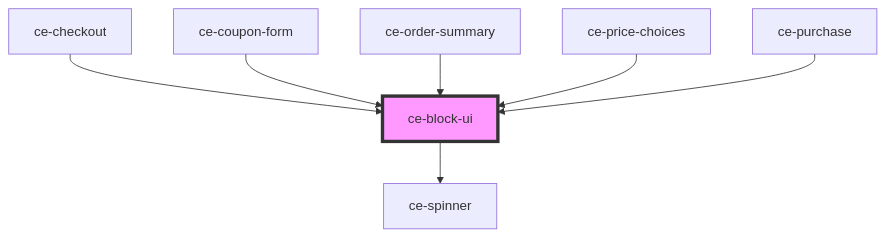
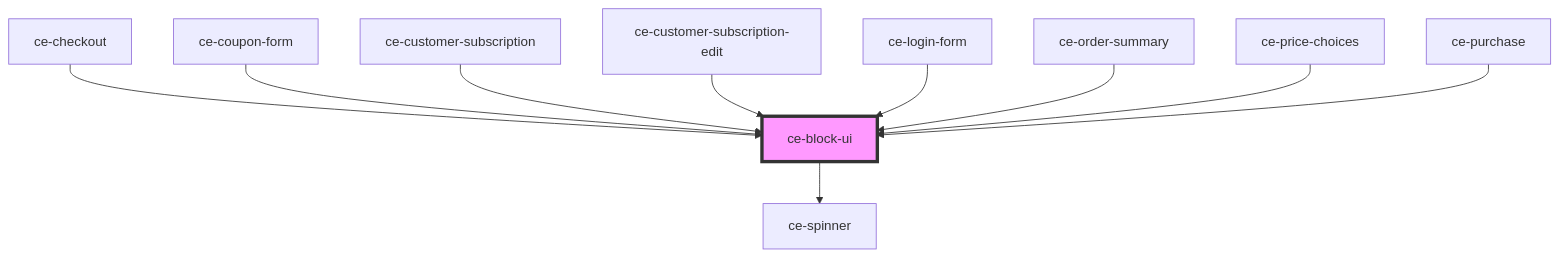
The diagram in packages/components/src/components/ui/block-ui/readme.md (surecart/surecart-wp-plugin), drawn with Mermaid before and after one commit. The commit also changed other lines of this file and 41 other files, not shown here.

````diff
--- a/packages/components/src/components/ui/block-ui/readme.md
+++ b/packages/components/src/components/ui/block-ui/readme.md
@@ -32,10 +35,13 @@
 ```mermaid
 graph TD;
   ce-block-ui --> ce-spinner
   ce-checkout --> ce-block-ui
   ce-coupon-form --> ce-block-ui
+  ce-customer-subscription --> ce-block-ui
+  ce-customer-subscription-edit --> ce-block-ui
+  ce-login-form --> ce-block-ui
   ce-order-summary --> ce-block-ui
   ce-price-choices --> ce-block-ui
   ce-purchase --> ce-block-ui
   style ce-block-ui fill:#f9f,stroke:#333,stroke-width:4px
 ```
````
